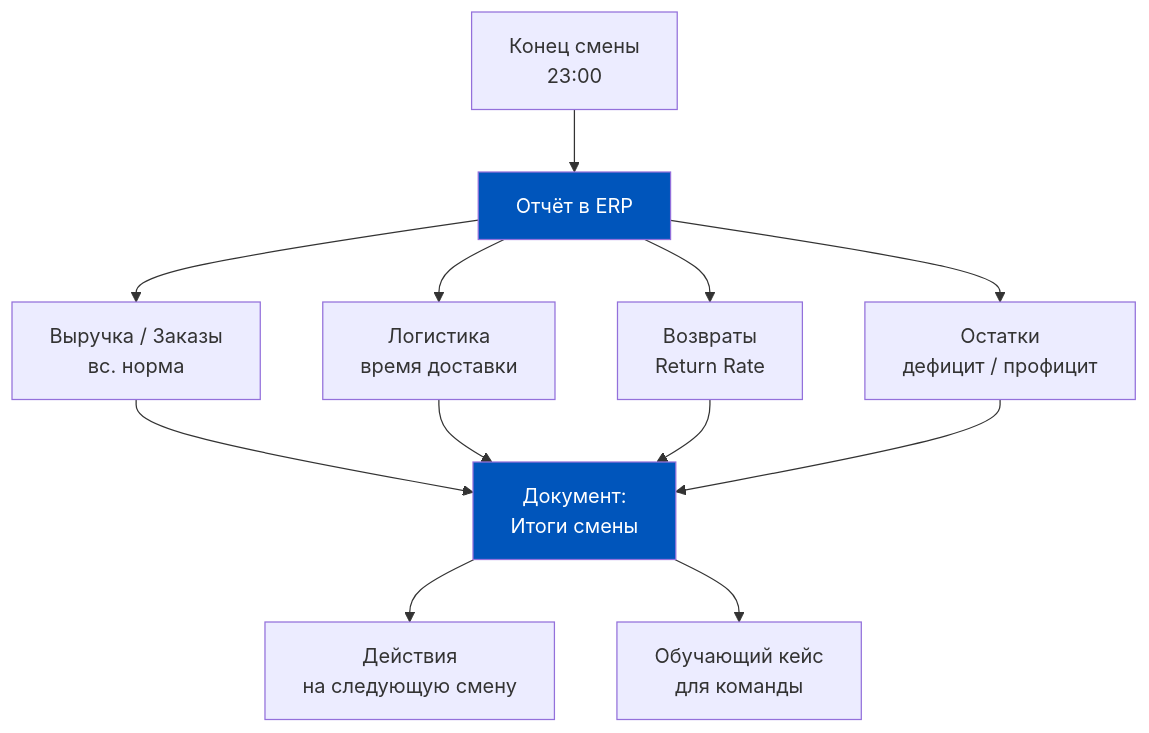
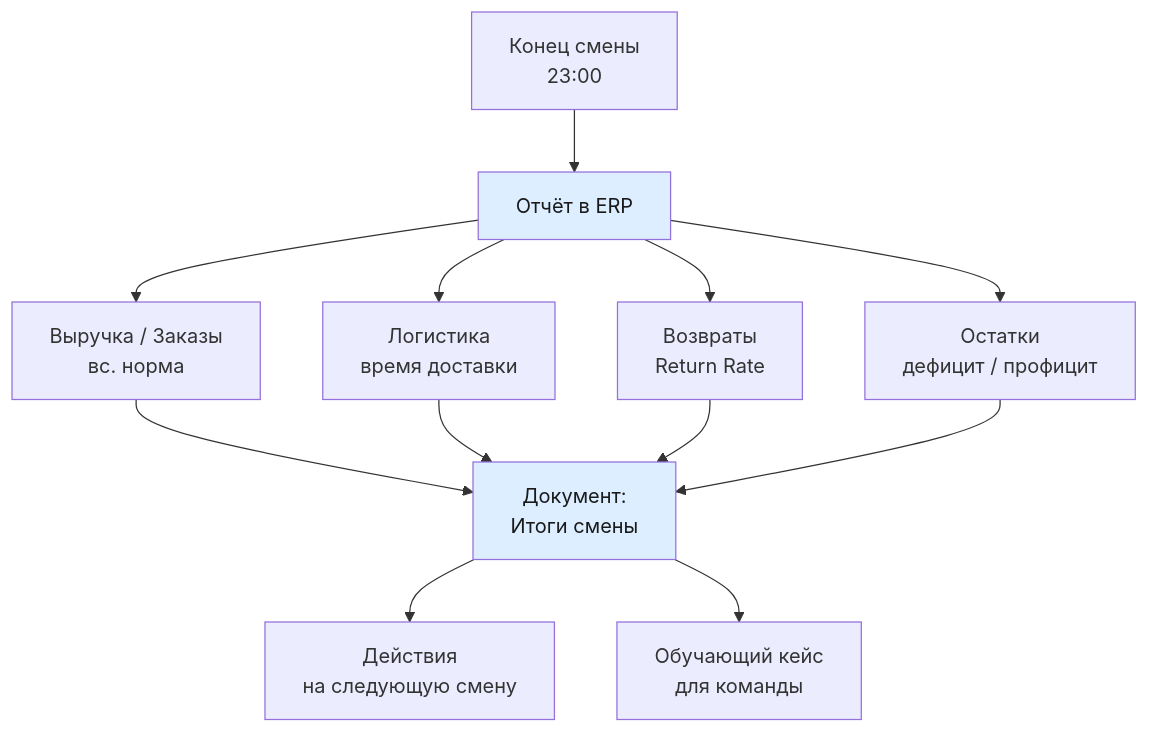
One commit to murad1986/1c-erp-quartz changed the sixth of 9 diagrams in content/1c-erp/week_7/Неделя 7 - День 6 - Практикум по цепочке доставки.md. Above: the diagram before and after it, drawn with Mermaid. The commit also changed other lines of this file and 57 other files, not shown here.

First line of the commit message:
fix: Mermaid — пастельные цвета в источниках диаграмм (56 файлов)

````diff
--- a/content/1c-erp/week_7/Неделя 7 - День 6 - Практикум по цепочке доставки.md
+++ b/content/1c-erp/week_7/Неделя 7 - День 6 - Практикум по цепочке доставки.md
@@ -319,17 +319,17 @@
 ```mermaid
 graph TD
     A[Конец смены<br/>23:00] --> B[Отчёт в ERP]
     B --> C[Выручка / Заказы<br/>вс. норма]
     B --> D[Логистика<br/>время доставки]
     B --> E[Возвраты<br/>Return Rate]
     B --> F[Остатки<br/>дефицит / профицит]
     C --> G[Документ:<br/>Итоги смены]
     D --> G
     E --> G
     F --> G
     G --> H[Действия<br/>на следующую смену]
     G --> I[Обучающий кейс<br/>для команды]
 
-    style B fill:#0055BB,color:#fff
-    style G fill:#0055BB,color:#fff
+    style B fill:#dceeff,color:#1a1a1a
+    style G fill:#dceeff,color:#1a1a1a
 ```
````
